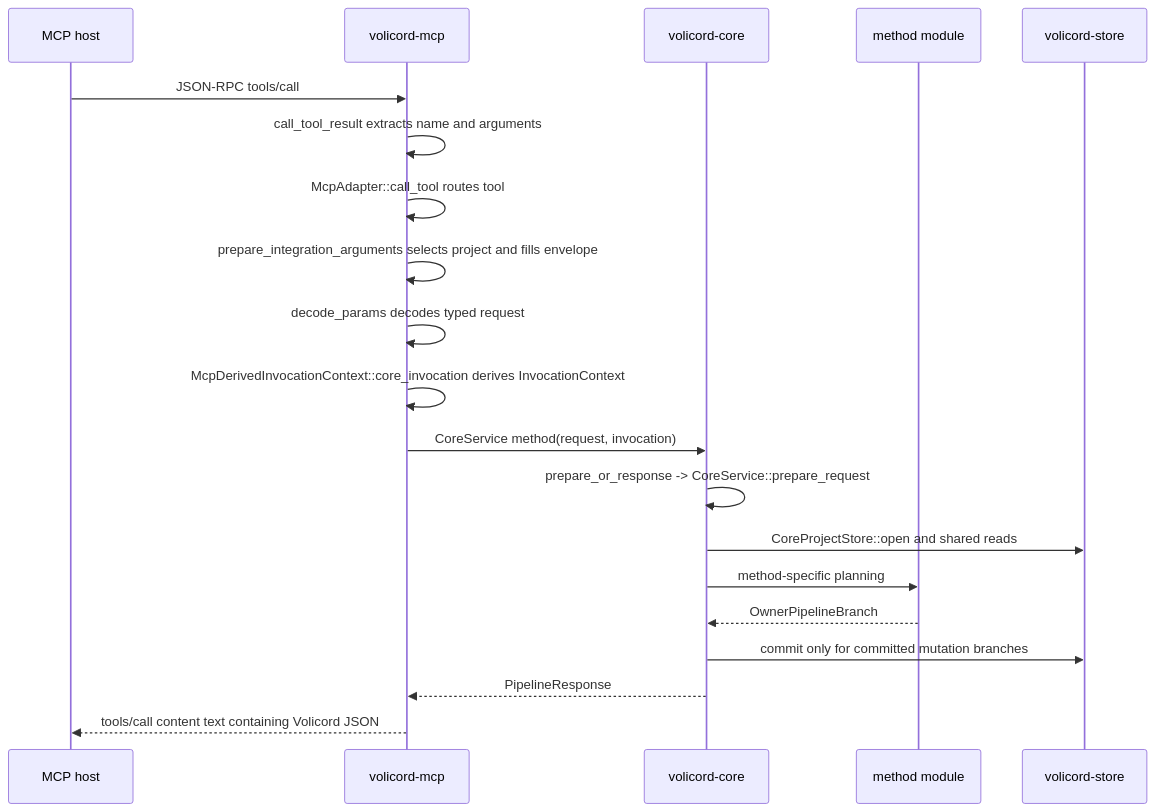
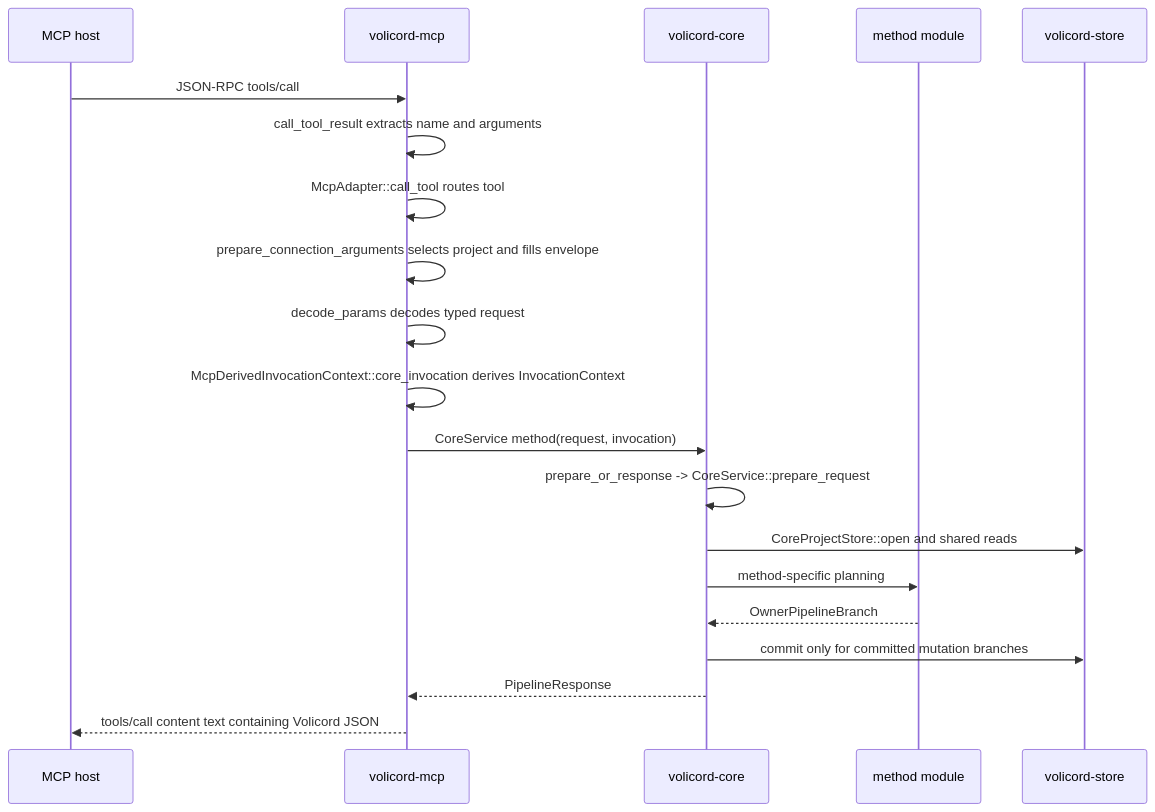
Before and after one commit to minjungw00/Harness_Project: the diagram in docs/en/development/request-lifecycle.md, drawn with Mermaid. The commit also changed other lines of this file and 127 other files, not shown here.

````diff
--- a/docs/en/development/request-lifecycle.md
+++ b/docs/en/development/request-lifecycle.md
@@ -18,23 +18,23 @@
 ```mermaid
 sequenceDiagram
   participant Host as MCP host
   participant MCP as volicord-mcp
   participant Core as volicord-core
   participant Method as method module
   participant Store as volicord-store
 
   Host->>MCP: JSON-RPC tools/call
   MCP->>MCP: call_tool_result extracts name and arguments
   MCP->>MCP: McpAdapter::call_tool routes tool
-  MCP->>MCP: prepare_integration_arguments selects project and fills envelope
+  MCP->>MCP: prepare_connection_arguments selects project and fills envelope
   MCP->>MCP: decode_params decodes typed request
   MCP->>MCP: McpDerivedInvocationContext::core_invocation derives InvocationContext
   MCP->>Core: CoreService method(request, invocation)
   Core->>Core: prepare_or_response -> CoreService::prepare_request
   Core->>Store: CoreProjectStore::open and shared reads
   Core->>Method: method-specific planning
   Method-->>Core: OwnerPipelineBranch
   Core->>Store: commit only for committed mutation branches
   Core-->>MCP: PipelineResponse
   MCP-->>Host: tools/call content text containing Volicord JSON
 ```
````
